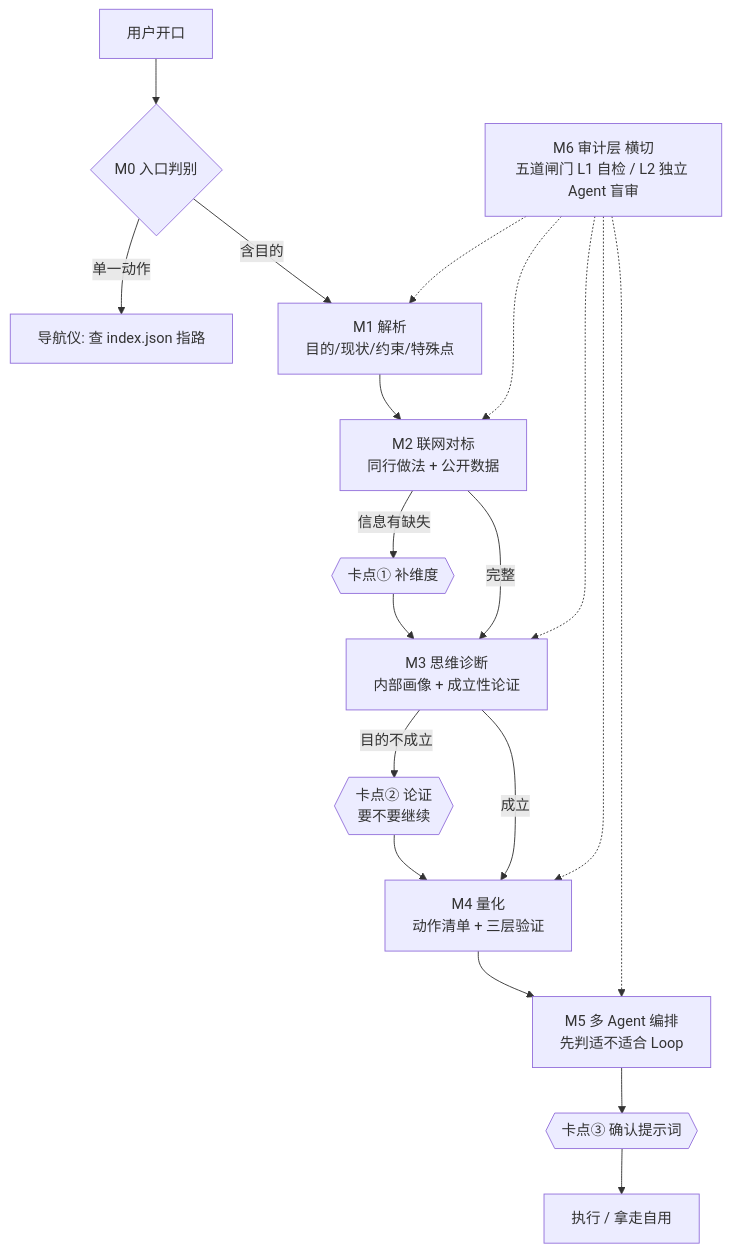
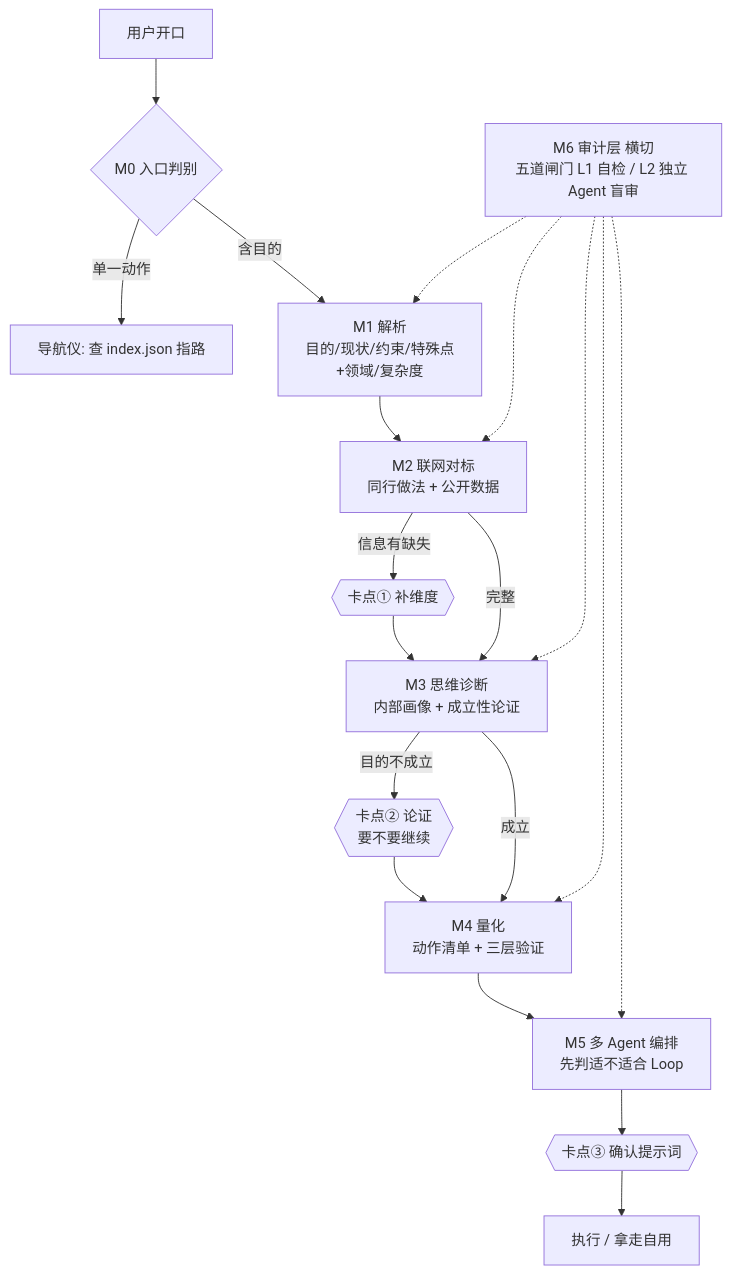
Before and after one commit to wang-youxin/gateway: the diagram in README.md, drawn with Mermaid. The commit also changed other lines of this file and 9 other files, not shown here.

````diff
--- a/README.md
+++ b/README.md
@@ -22,23 +24,23 @@
 ```mermaid
 flowchart TD
     A[用户开口] --> B{M0 入口判别}
     B -->|单一动作| Z[导航仪: 查 index.json 指路]
-    B -->|含目的| C[M1 解析<br/>目的/现状/约束/特殊点]
+    B -->|含目的| C[M1 解析<br/>目的/现状/约束/特殊点<br/>+领域/复杂度]
     C --> D[M2 联网对标<br/>同行做法 + 公开数据]
     D -->|信息有缺失| CP1{{卡点① 补维度}}
     CP1 --> E
     D -->|完整| E[M3 思维诊断<br/>内部画像 + 成立性论证]
     E -->|目的不成立| CP2{{卡点② 论证<br/>要不要继续}}
     CP2 --> F
     E -->|成立| F[M4 量化<br/>动作清单 + 三层验证]
     F --> G[M5 多 Agent 编排<br/>先判适不适合 Loop]
     G --> CP3{{卡点③ 确认提示词}}
     CP3 --> H[执行 / 拿走自用]
 
     AUDIT[M6 审计层 横切<br/>五道闸门 L1 自检 / L2 独立 Agent 盲审]
     AUDIT -.-> C
     AUDIT -.-> D
     AUDIT -.-> E
     AUDIT -.-> F
     AUDIT -.-> G
 ```
````
